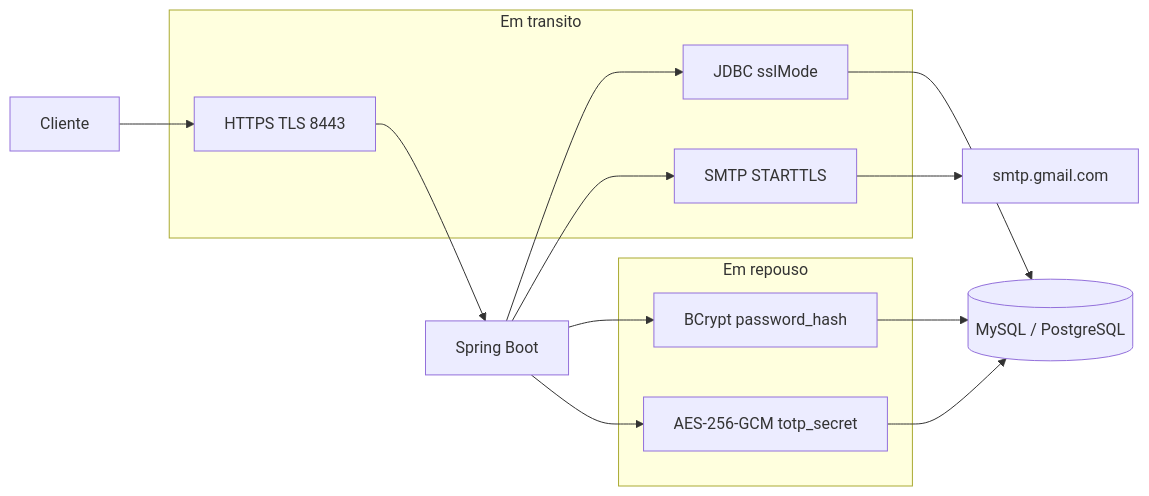
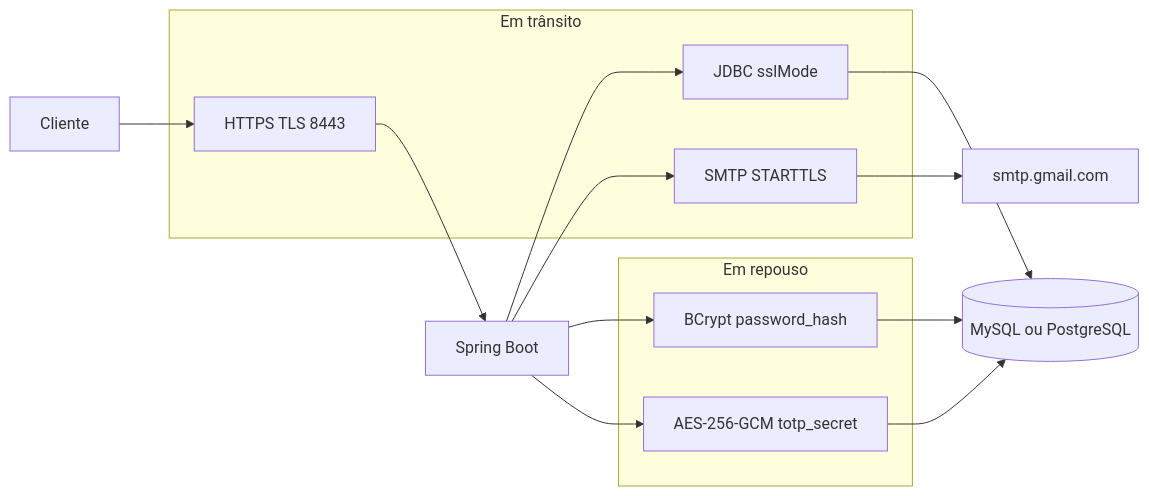
One commit to VictorHCSampaio/crud-springboot changed the first of 2 diagrams in docs/cryptography.md. Above: the diagram before and after it, drawn with Mermaid. The commit also changed other lines of this file and 6 other files, not shown here.

````diff
--- a/docs/cryptography.md
+++ b/docs/cryptography.md
@@ -15,19 +15,19 @@
 ```mermaid
 flowchart LR
-    subgraph transito [Em transito]
-        HTTPS[HTTPS TLS 8443]
-        JDBC[JDBC sslMode]
-        SMTP[SMTP STARTTLS]
+    subgraph transito ["Em trânsito"]
+        HTTPS["HTTPS TLS 8443"]
+        JDBC["JDBC sslMode"]
+        SMTP["SMTP STARTTLS"]
     end
-    subgraph repouso [Em repouso]
-        BCrypt[BCrypt password_hash]
-        AES[AES-256-GCM totp_secret]
+    subgraph repouso ["Em repouso"]
+        BCrypt["BCrypt password_hash"]
+        AES["AES-256-GCM totp_secret"]
     end
-    Cliente --> HTTPS --> API[Spring Boot]
-    API --> JDBC --> BD[(MySQL / PostgreSQL)]
-    API --> SMTP --> Gmail[smtp.gmail.com]
+    Cliente --> HTTPS --> API["Spring Boot"]
+    API --> JDBC --> BD[("MySQL ou PostgreSQL")]
+    API --> SMTP --> Gmail["smtp.gmail.com"]
     API --> BCrypt
     API --> AES
     AES --> BD
     BCrypt --> BD
 ```
````
